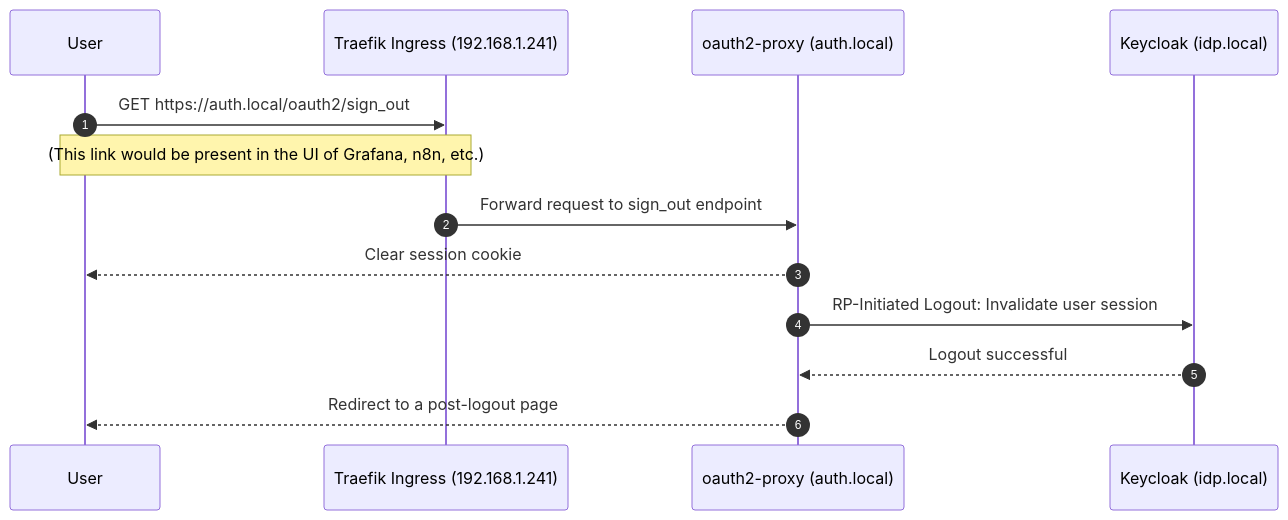
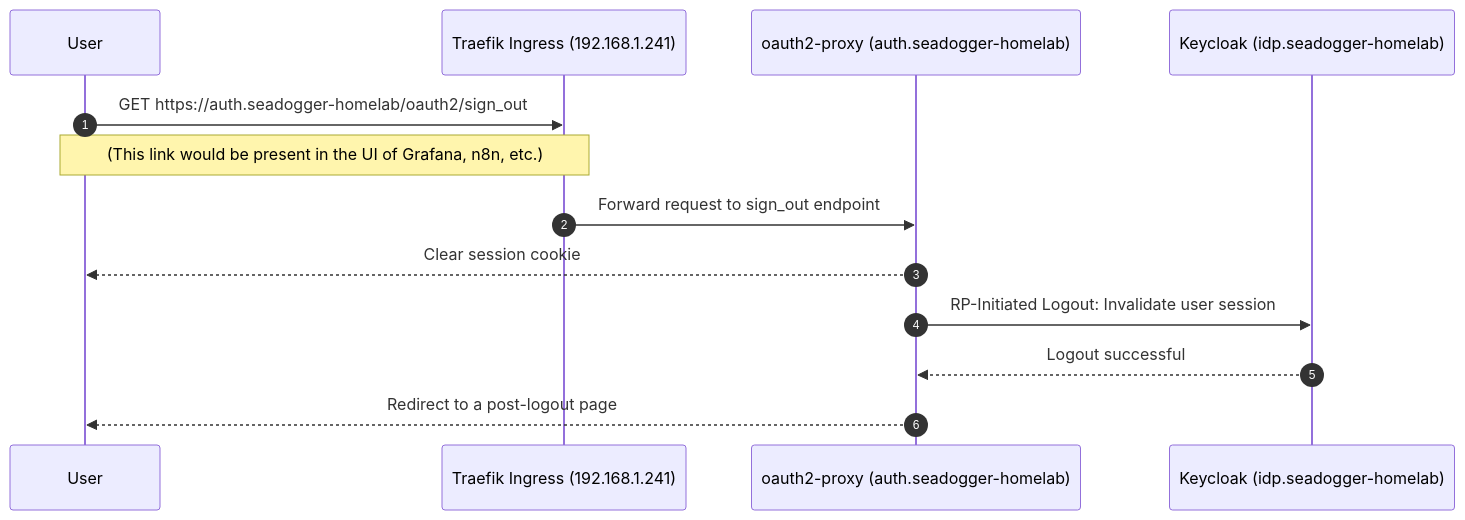
Before and after one commit to seadogger-tech/seadogger-homelab: the eighth of 8 diagrams in docs/wiki/08-Security-and-Certificates.md, drawn with Mermaid. The commit also changed other lines of this file and 15 other files, not shown here.

````diff
--- a/docs/wiki/08-Security-and-Certificates.md
+++ b/docs/wiki/08-Security-and-Certificates.md
@@ -299,16 +340,16 @@
 ```mermaid
 sequenceDiagram
     autonumber
     participant User
     participant Traefik as Traefik Ingress (192.168.1.241)
-    participant OAuth2Proxy as oauth2-proxy (auth.local)
-    participant Keycloak as Keycloak (idp.local)
+    participant OAuth2Proxy as oauth2-proxy (auth.seadogger-homelab)
+    participant Keycloak as Keycloak (idp.seadogger-homelab)
 
-    User->>Traefik: GET https://auth.local/oauth2/sign_out
+    User->>Traefik: GET https://auth.seadogger-homelab/oauth2/sign_out
     Note over User, Traefik: (This link would be present in the UI of Grafana, n8n, etc.)
     Traefik->>OAuth2Proxy: Forward request to sign_out endpoint
     OAuth2Proxy-->>User: Clear session cookie
     OAuth2Proxy->>Keycloak: RP-Initiated Logout: Invalidate user session
     Keycloak-->>OAuth2Proxy: Logout successful
     OAuth2Proxy-->>User: Redirect to a post-logout page
 ```
````
